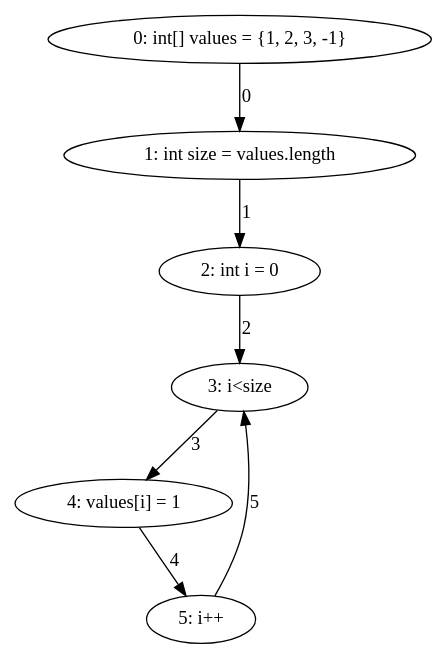
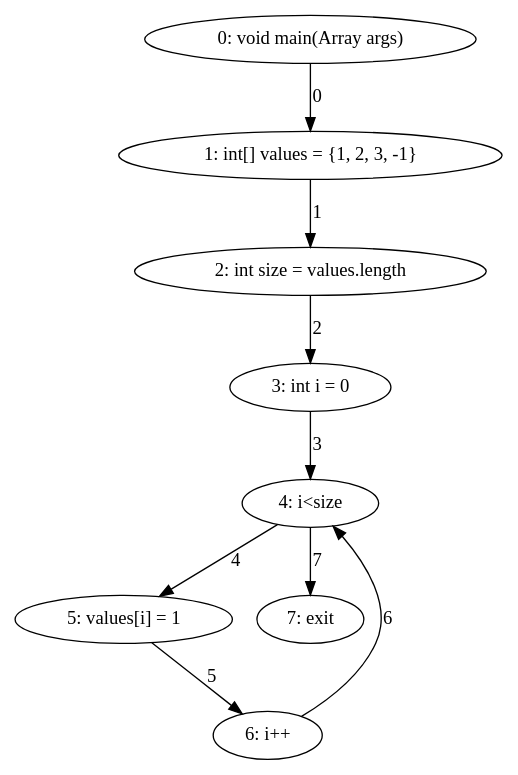
The diagram in export/for_example_cfg.dot (DominguesGM/comp_astanalyze), drawn with Graphviz before and after one commit. The commit also changed 25 other files, not shown here.

```diff
--- a/export/for_example_cfg.dot
+++ b/export/for_example_cfg.dot
@@ -1,14 +1,18 @@
 digraph G {
-  1 [ label="0: int[] values = {1, 2, 3, -1}" ];
-  2 [ label="1: int size = values.length" ];
-  3 [ label="2: int i = 0" ];
-  4 [ label="3: i<size" ];
-  5 [ label="4: values[i] = 1" ];
-  6 [ label="5: i++" ];
+  1 [ label="0: void main(Array args)" ];
+  2 [ label="1: int[] values = {1, 2, 3, -1}" ];
+  3 [ label="2: int size = values.length" ];
+  4 [ label="3: int i = 0" ];
+  5 [ label="4: i<size" ];
+  6 [ label="5: values[i] = 1" ];
+  7 [ label="6: i++" ];
+  8 [ label="7: exit" ];
   1 -> 2 [ label="0" ];
   2 -> 3 [ label="1" ];
   3 -> 4 [ label="2" ];
   4 -> 5 [ label="3" ];
   5 -> 6 [ label="4" ];
-  6 -> 4 [ label="5" ];
+  6 -> 7 [ label="5" ];
+  7 -> 5 [ label="6" ];
+  5 -> 8 [ label="7" ];
 }
```
